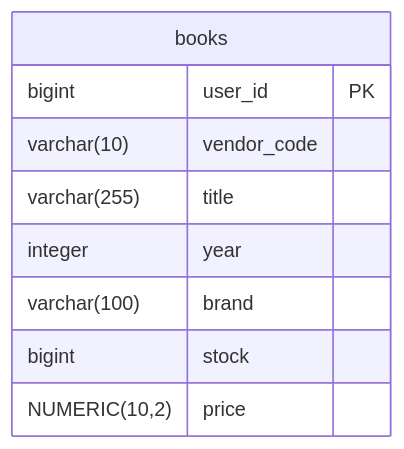
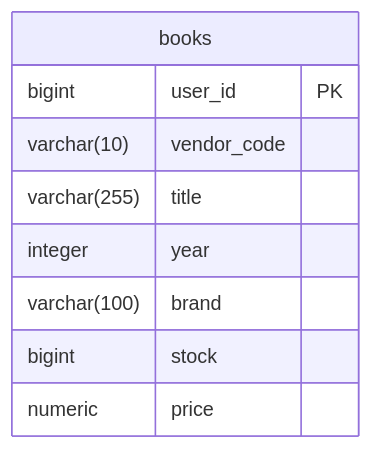
The diagram in README.md (LoucterSo/books-test-task), drawn with Mermaid before and after one commit.

````diff
--- a/README.md
+++ b/README.md
@@ -30,14 +30,14 @@
 ```mermaid
 erDiagram
     books 
 
     books {
         bigint user_id PK
         varchar(10) vendor_code
         varchar(255) title
         integer year
         varchar(100) brand
         bigint stock
-        NUMERIC(10,2) price
+        numeric price
     }
 ```
````
